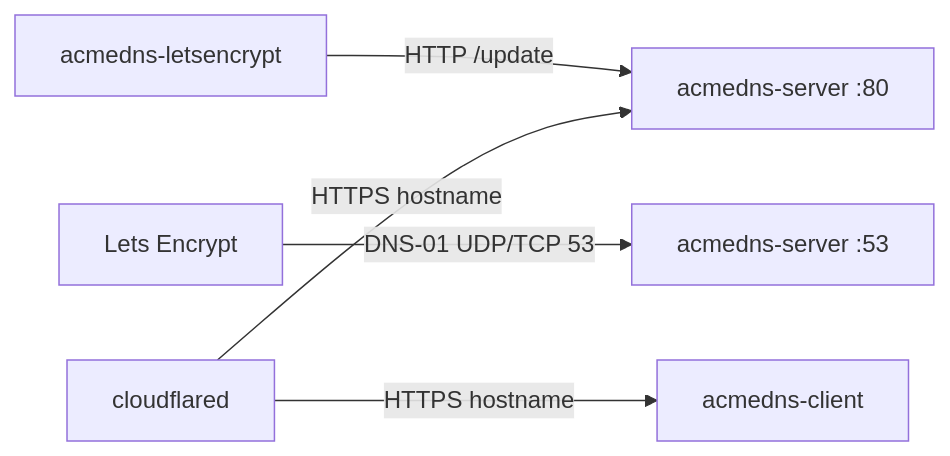
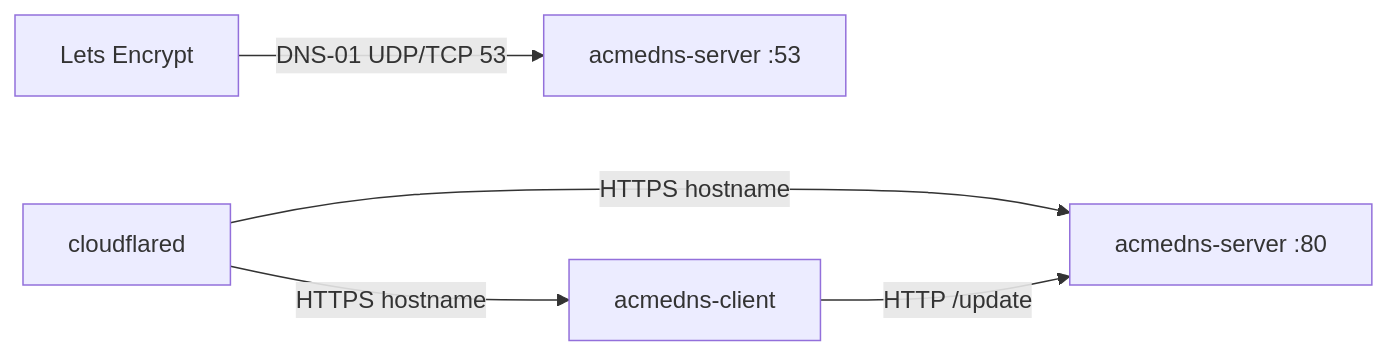
Before and after one commit to HariantoAtWork/dns01-proxy: the diagram in .wiki/Home.md, drawn with Mermaid. The commit also changed other lines of this file and 49 other files, not shown here.

Commit message:
Nuxt 4 certbot into client

````diff
--- a/.wiki/Home.md
+++ b/.wiki/Home.md
@@ -19,7 +19,7 @@
 ```mermaid
 flowchart LR
-  Certbot[acmedns-letsencrypt] -->|HTTP /update| API[acmedns-server :80]
+  Client[acmedns-client] -->|HTTP /update| API[acmedns-server :80]
   LE[Lets Encrypt] -->|DNS-01 UDP/TCP 53| DNS[acmedns-server :53]
   Tunnel[cloudflared] -->|HTTPS hostname| API
-  Tunnel -->|HTTPS hostname| UI[acmedns-client]
+  Tunnel -->|HTTPS hostname| Client
 ```
````
